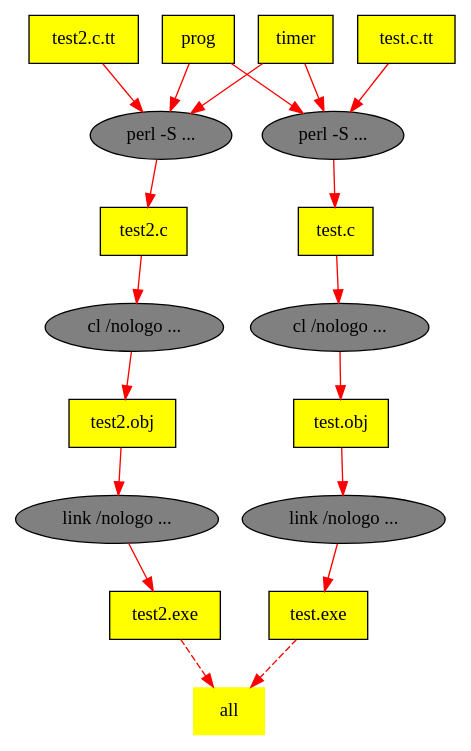
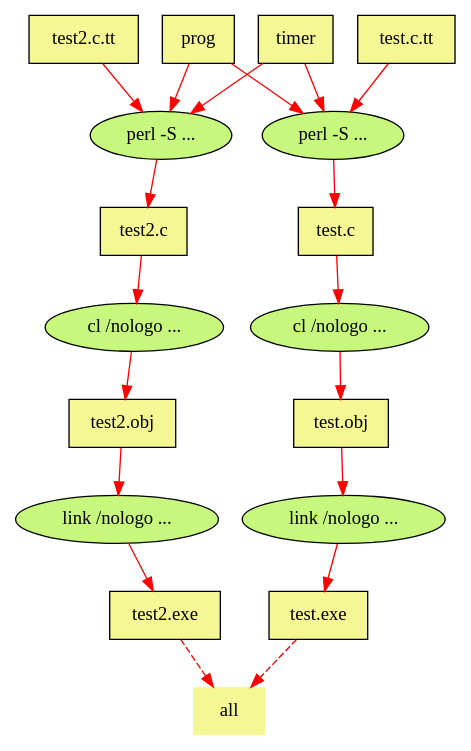
Before and after one commit to gitpan/Makefile-GraphViz: the diagram in t/~bench.dot, drawn with Graphviz. The commit also changed 15 other files, not shown here.

First line of the commit message:
Import of AGENT/Makefile-GraphViz-0.10 from CPAN.

```diff
--- a/t/~bench.dot
+++ b/t/~bench.dot
@@ -1,40 +1,40 @@
 digraph test {
 	graph [ratio=auto];
-	node [label="\N", fillcolor=yellow, shape=box, style=filled];
+	node [label="\N", fillcolor="#f5f694", shape=box, style=filled];
 	edge [color=red];
-	all [label=all, shape=plaintext, color=red];
+	all [label=all, shape=plaintext];
 	node1 [label="test2.exe"];
-	node2 [label="link /nologo ...", fillcolor=gray, shape=ellipse];
+	node2 [label="link /nologo ...", fillcolor="#c7f77c", shape=ellipse];
 	node3 [label="test2.obj"];
-	node4 [label="cl /nologo ...", fillcolor=gray, shape=ellipse];
+	node4 [label="cl /nologo ...", fillcolor="#c7f77c", shape=ellipse];
 	node5 [label="test2.c"];
-	node6 [label="perl -S ...", fillcolor=gray, shape=ellipse];
+	node6 [label="perl -S ...", fillcolor="#c7f77c", shape=ellipse];
 	node7 [label="test2.c.tt"];
 	prog [label=prog];
 	timer [label=timer];
 	node8 [label="test.exe"];
-	node9 [label="link /nologo ...", fillcolor=gray, shape=ellipse];
+	node9 [label="link /nologo ...", fillcolor="#c7f77c", shape=ellipse];
 	node10 [label="test.obj"];
-	node11 [label="cl /nologo ...", fillcolor=gray, shape=ellipse];
+	node11 [label="cl /nologo ...", fillcolor="#c7f77c", shape=ellipse];
 	node12 [label="test.c"];
-	node13 [label="perl -S ...", fillcolor=gray, shape=ellipse];
+	node13 [label="perl -S ...", fillcolor="#c7f77c", shape=ellipse];
 	node14 [label="test.c.tt"];
 	node2 -> node1;
 	node4 -> node3;
 	node6 -> node5;
 	node9 -> node8;
 	node11 -> node10;
 	node13 -> node12;
 	prog -> node6;
 	prog -> node13;
 	node12 -> node11;
 	node14 -> node13;
 	node8 -> all [style=dashed];
 	node10 -> node9;
 	node5 -> node4;
 	node7 -> node6;
 	node1 -> all [style=dashed];
 	node3 -> node2;
 	timer -> node6;
 	timer -> node13;
 }
```
